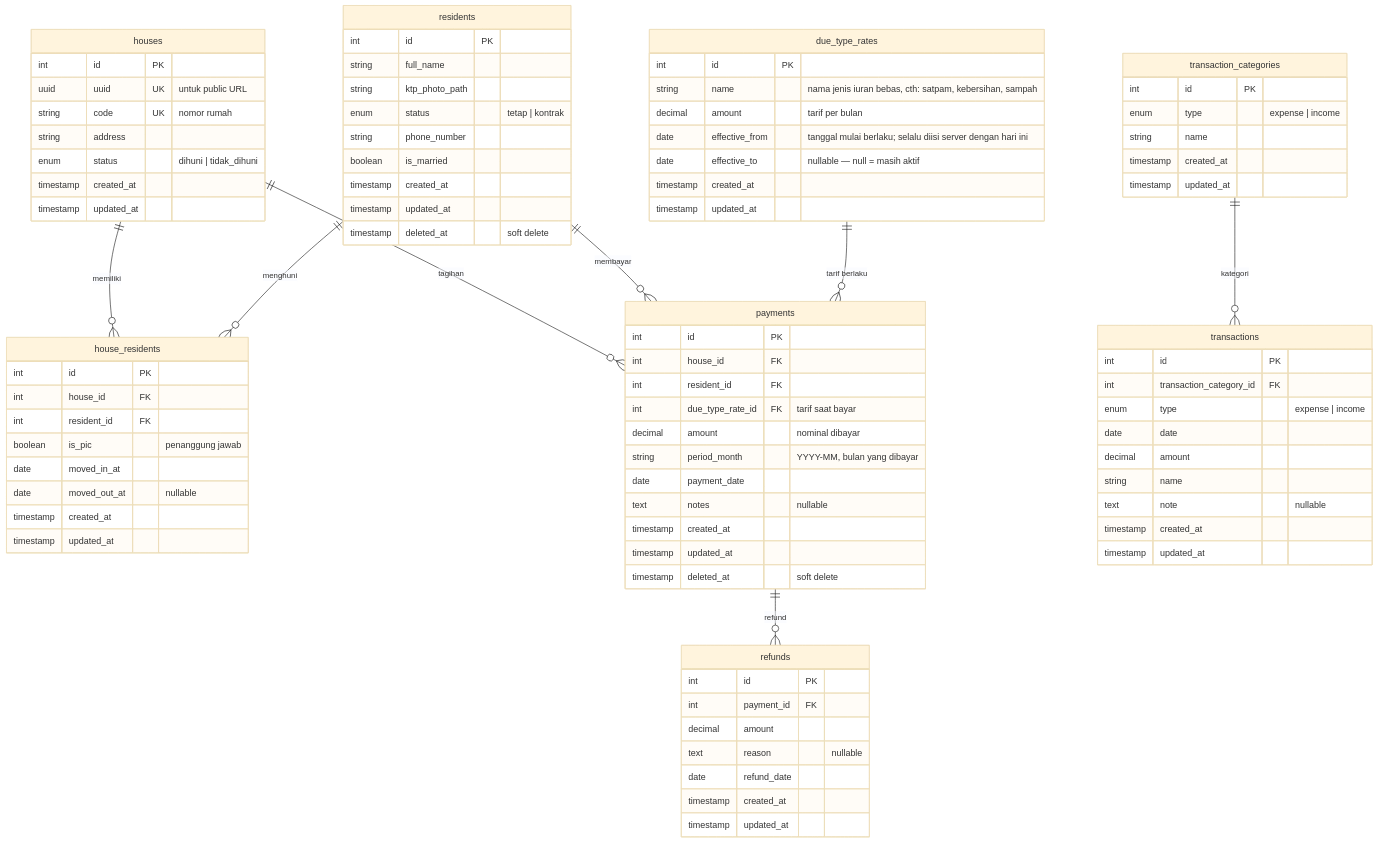
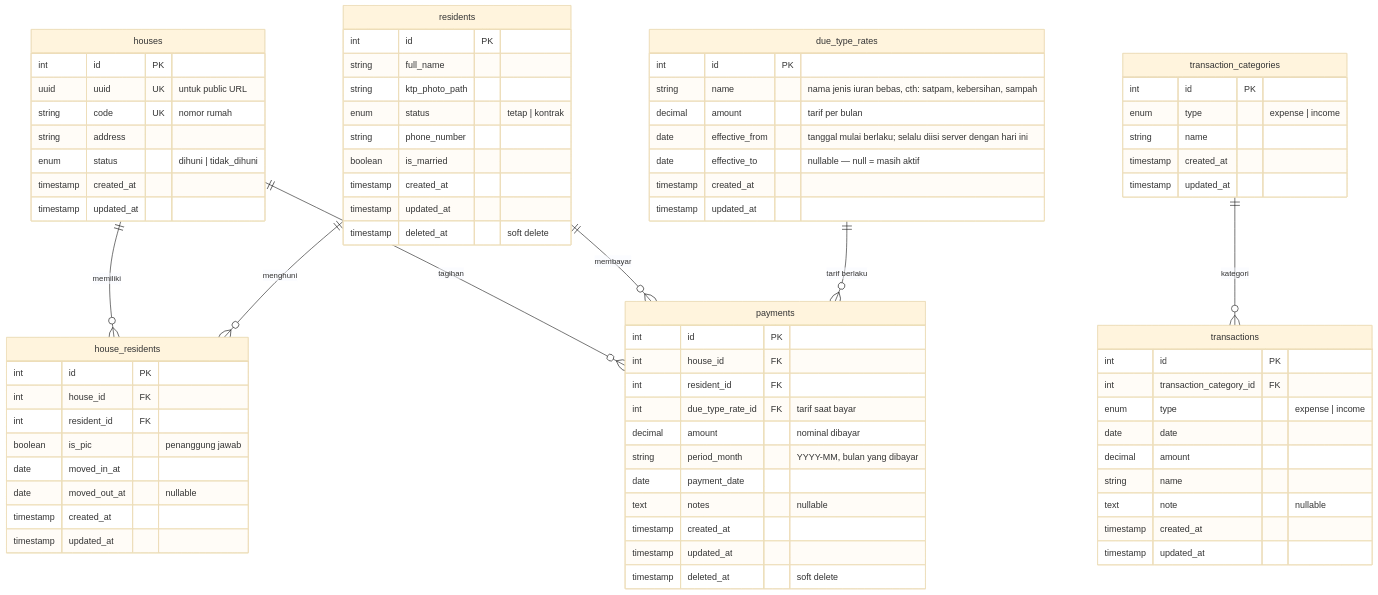
Before and after one commit to zakishaquille/rt-information-system: the diagram in docs/PRD.md, drawn with Mermaid (base theme). The commit also changed other lines of this file and 3 other files, not shown here.

Commit message:
refactor (docs): remove partial payment and refund logic from documentation and backlog to simplify scope

````diff
--- a/docs/PRD.md
+++ b/docs/PRD.md
@@ -416,16 +412,6 @@
         timestamp deleted_at "soft delete"
     }
 
-    refunds {
-        int id PK
-        int payment_id FK
-        decimal amount
-        text reason "nullable"
-        date refund_date
-        timestamp created_at
-        timestamp updated_at
-    }
-
     transaction_categories {
         int id PK
         enum type "expense | income"
@@ -451,6 +437,5 @@
     houses ||--o{ payments : "tagihan"
     residents ||--o{ payments : "membayar"
     due_type_rates ||--o{ payments : "tarif berlaku"
-    payments ||--o{ refunds : "refund"
     transaction_categories ||--o{ transactions : "kategori"
 ```
````
